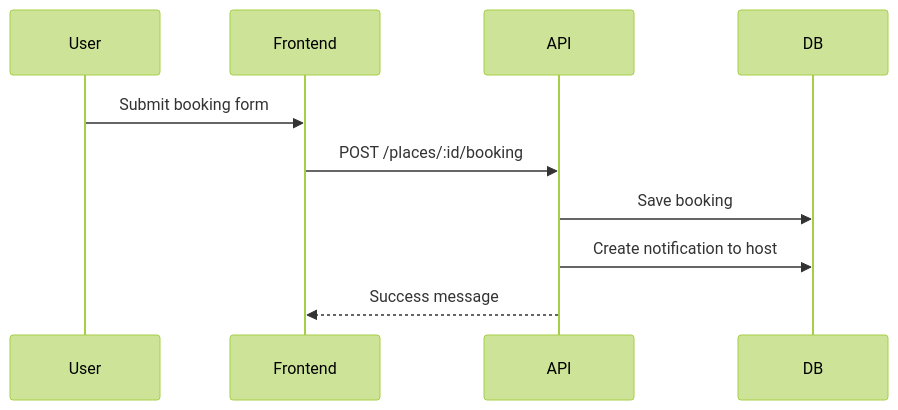
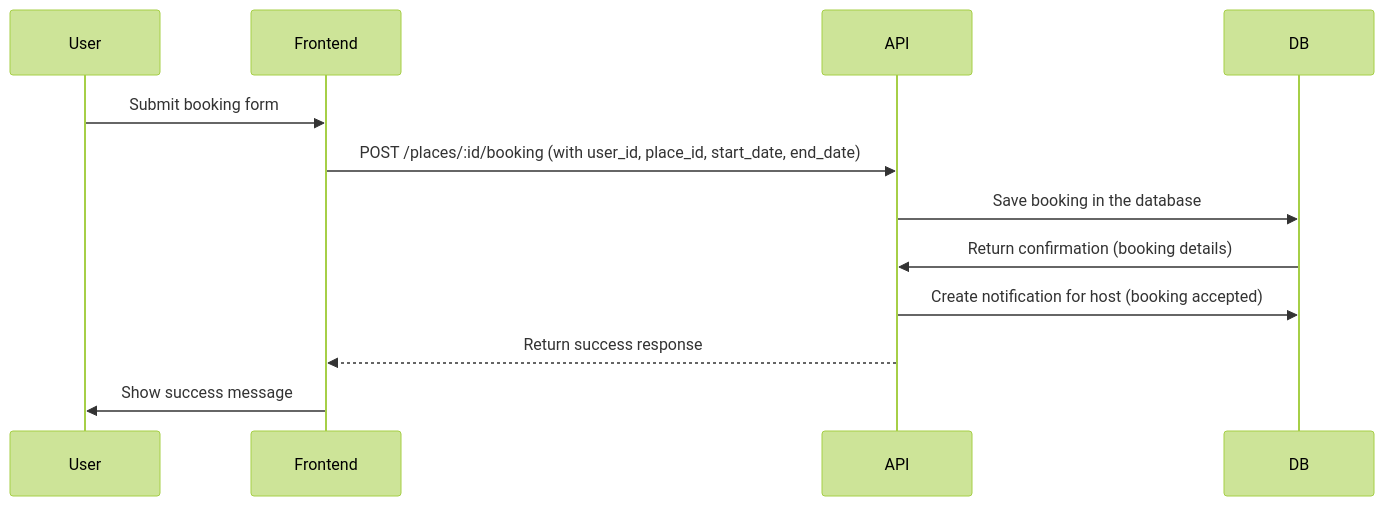
Before and after one commit to jerome244/holbertonschool-hbnb: the fourth of 4 diagrams in part4/README.md, drawn with Mermaid (forest theme). The commit also changed other lines of this file, not shown here.

Commit message:
fix: increase diagrams visibility

````diff
--- a/part4/README.md
+++ b/part4/README.md
@@ -197,13 +245,16 @@
 ```mermaid
 sequenceDiagram
     participant User
     participant Frontend
     participant API
     participant DB
 
     User->>Frontend: Submit booking form
-    Frontend->>API: POST /places/:id/booking
-    API->>DB: Save booking
-    API->>DB: Create notification to host
-    API-->>Frontend: Success message
+    Frontend->>API: POST /places/:id/booking (with user_id, place_id, start_date, end_date)
+    API->>DB: Save booking in the database
+    DB->>API: Return confirmation (booking details)
+    API->>DB: Create notification for host (booking accepted)
+    API-->>Frontend: Return success response
+    Frontend->>User: Show success message
+
 ```
````
